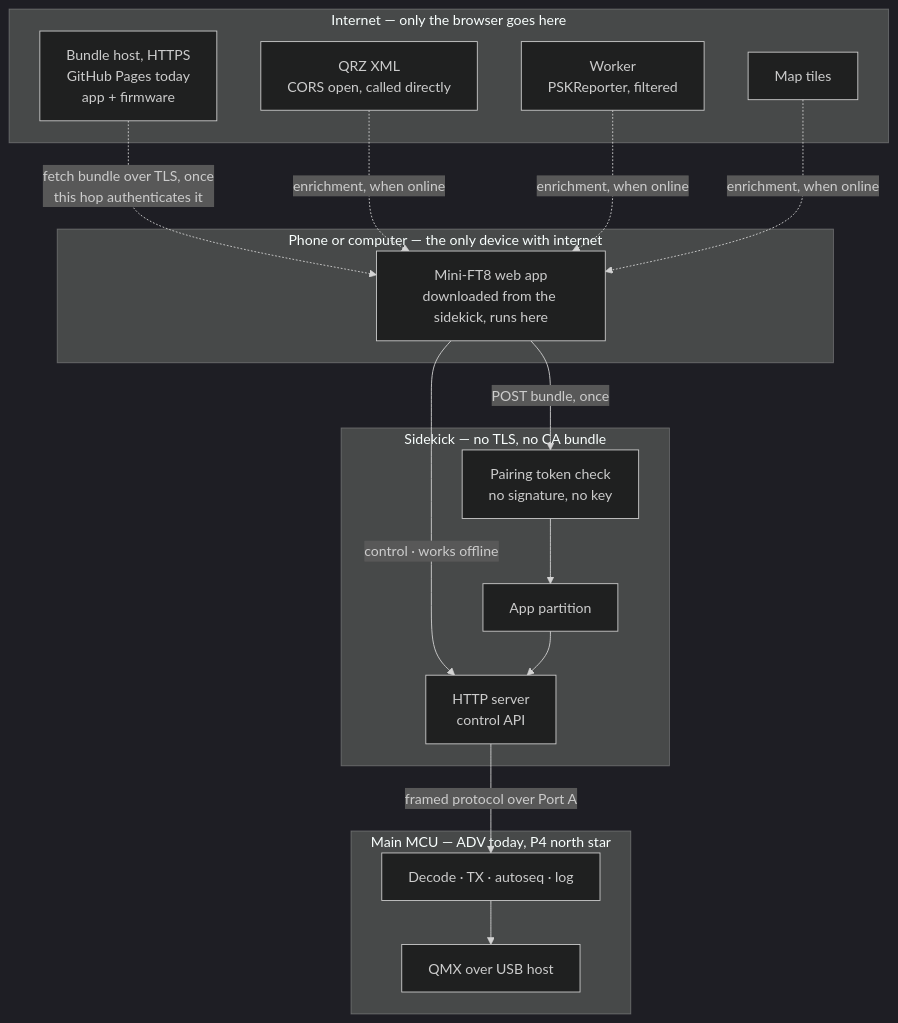
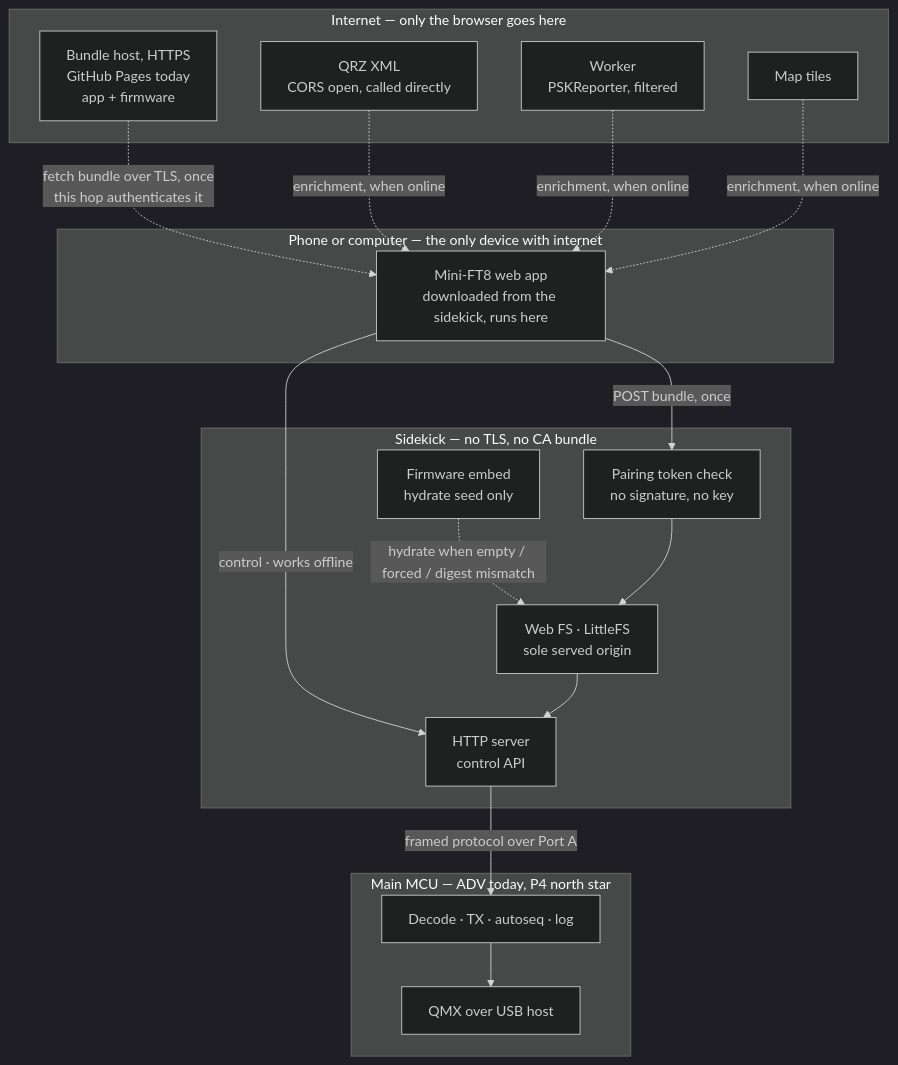
One commit to kb2slo/Mini-FT8 changed the first of 2 diagrams in docs/rfcs/0004-headless-web-architecture.md. Above: the diagram before and after it, drawn with Mermaid (dark theme). The commit also changed other lines of this file and 4 other files, not shown here.

First line of the commit message:
I28c: add sidekick web LittleFS partition; lock hydrate-from-embed design.

````diff
--- a/docs/rfcs/0004-headless-web-architecture.md
+++ b/docs/rfcs/0004-headless-web-architecture.md
@@ -45,31 +45,33 @@
 ```mermaid
 flowchart TB
     subgraph net["Internet — only the browser goes here"]
         gh["Bundle host, HTTPS<br/>GitHub Pages today<br/>app + firmware"]
         qrz["QRZ XML<br/>CORS open, called directly"]
         cf["Worker<br/>PSKReporter, filtered"]
         maps["Map tiles"]
     end
     subgraph phone["Phone or computer — the only device with internet"]
         app["Mini-FT8 web app<br/>downloaded from the sidekick, runs here"]
     end
     subgraph sk["Sidekick — no TLS, no CA bundle"]
         http["HTTP server<br/>control API"]
-        part["App partition"]
+        part["Web FS · LittleFS<br/>sole served origin"]
+        embed["Firmware embed<br/>hydrate seed only"]
         sig["Pairing token check<br/>no signature, no key"]
     end
     subgraph main["Main MCU — ADV today, P4 north star"]
         radio["Decode · TX · autoseq · log"]
         qmx["QMX over USB host"]
     end
     gh -. "fetch bundle over TLS, once<br/>this hop authenticates it" .-> app
     qrz -. "enrichment, when online" .-> app
     cf -. "enrichment, when online" .-> app
     maps -. "enrichment, when online" .-> app
     app -- "control · works offline" --> http
     app -- "POST bundle, once" --> sig
+    embed -. "hydrate when empty / forced / digest mismatch" .-> part
     sig --> part
     part --> http
     http -- "framed protocol over Port A" --> radio
     radio --> qmx
 ```
````
